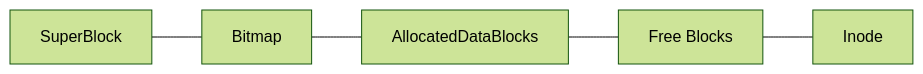
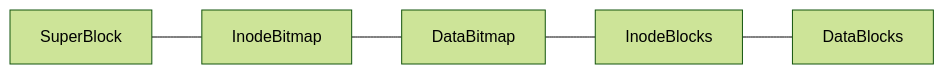
One commit to OXeu/simplefs changed the diagram in README.md. Above: the diagram before and after it, drawn with Mermaid (forest theme). The commit also changed other lines of this file and 12 other files, not shown here.

````diff
--- a/README.md
+++ b/README.md
@@ -14,11 +14,9 @@
 ```mermaid
 graph LR
     sb[SuperBlock]
-    b[Bitmap]
-    d[AllocatedDataBlocks]
-    f[Free Blocks]
-    i[Inode];
-    d --- f;
-    sb --- b --- d;
-    f --- i
+    ib[InodeBitmap]
+    b[DataBitmap]
+    i[InodeBlocks];
+    d[DataBlocks]
+    sb --- ib --- b --- i --- d  
 ```
````
